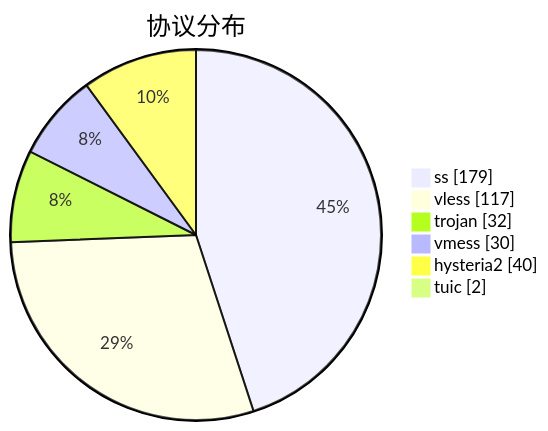
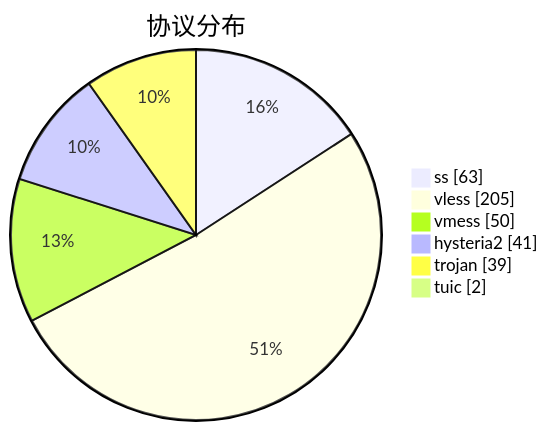
One commit to qjlxg/airport changed the third of 3 diagrams in subs/statistics/tested_within.md. Above: the diagram before and after it, drawn with Mermaid. The commit also changed other lines of this file and 2 other files, not shown here.

````diff
--- a/subs/statistics/tested_within.md
+++ b/subs/statistics/tested_within.md
@@ -37,10 +35,10 @@
 ```mermaid
 pie showData
 title 协议分布
-"ss" : 179
-"vless" : 117
-"trojan" : 32
-"vmess" : 30
-"hysteria2" : 40
+"ss" : 63
+"vless" : 205
+"vmess" : 50
+"hysteria2" : 41
+"trojan" : 39
 "tuic" : 2
 ```
````
